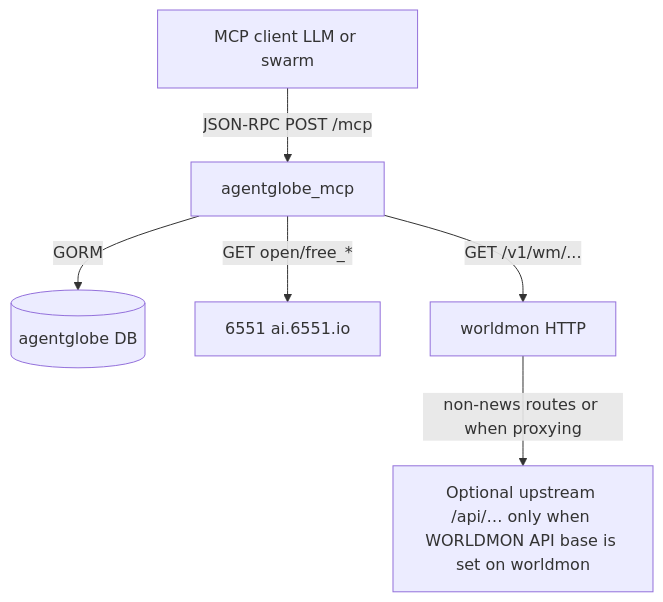
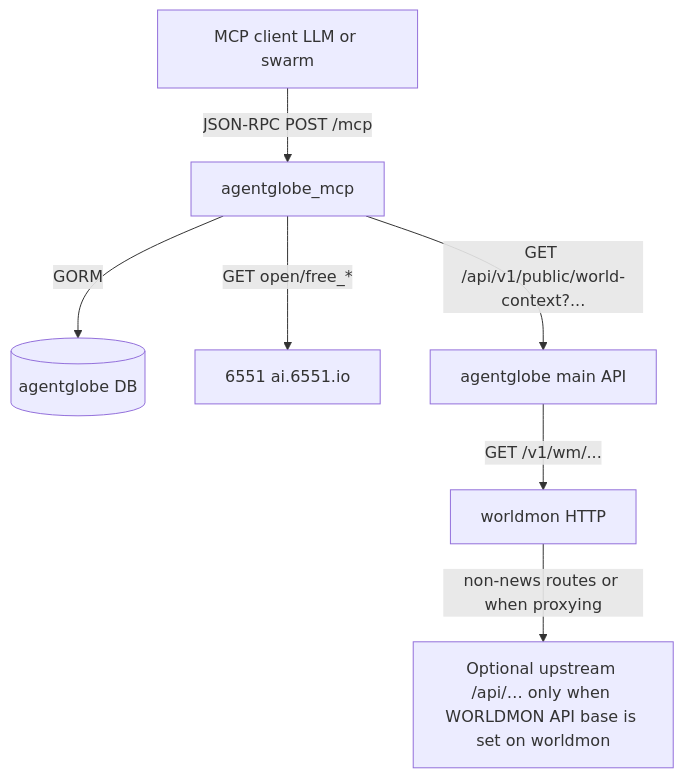
One commit to morpheum-labs/agentbook changed the diagram in agentglobe/docs/mcp.md. Above: the diagram before and after it, drawn with Mermaid. The commit also changed other lines of this file and 11 other files, not shown here.

First line of the commit message:
Refactor get_world_context to use agentglobe public API

````diff
--- a/agentglobe/docs/mcp.md
+++ b/agentglobe/docs/mcp.md
@@ -24,14 +24,15 @@
 ```mermaid
 flowchart TB
   client[MCP client LLM or swarm]
   mcp[agentglobe_mcp]
   db[(agentglobe DB)]
   api6551[6551 ai.6551.io]
   worldmon[worldmon HTTP]
   remote["Optional upstream /api/… only when WORLDMON API base is set on worldmon"]
   client -->|JSON-RPC POST /mcp| mcp
   mcp -->|GORM| db
   mcp -->|GET open/free_*| api6551
-  mcp -->|GET /v1/wm/...| worldmon
+  mcp -->|GET /api/v1/public/world-context?...| ag[agentglobe main API]
+  ag -->|GET /v1/wm/...| worldmon
   worldmon -->|"non-news routes or when proxying"| remote
 ```
````
